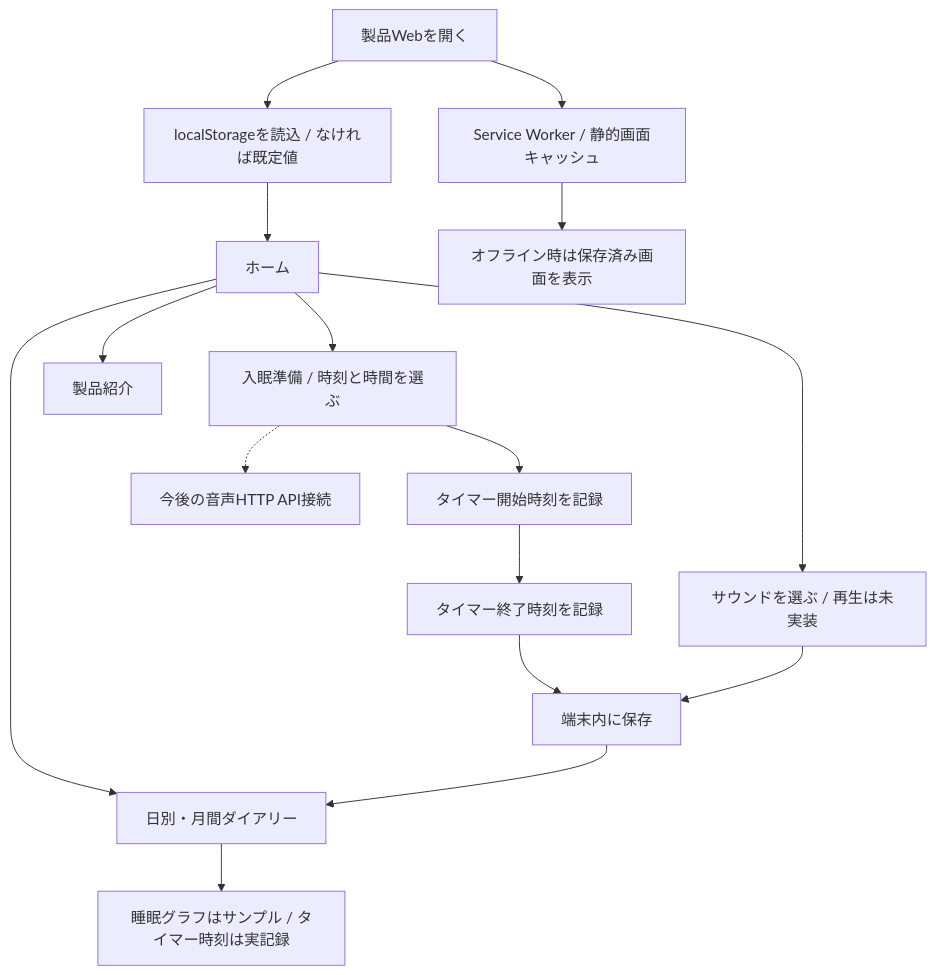
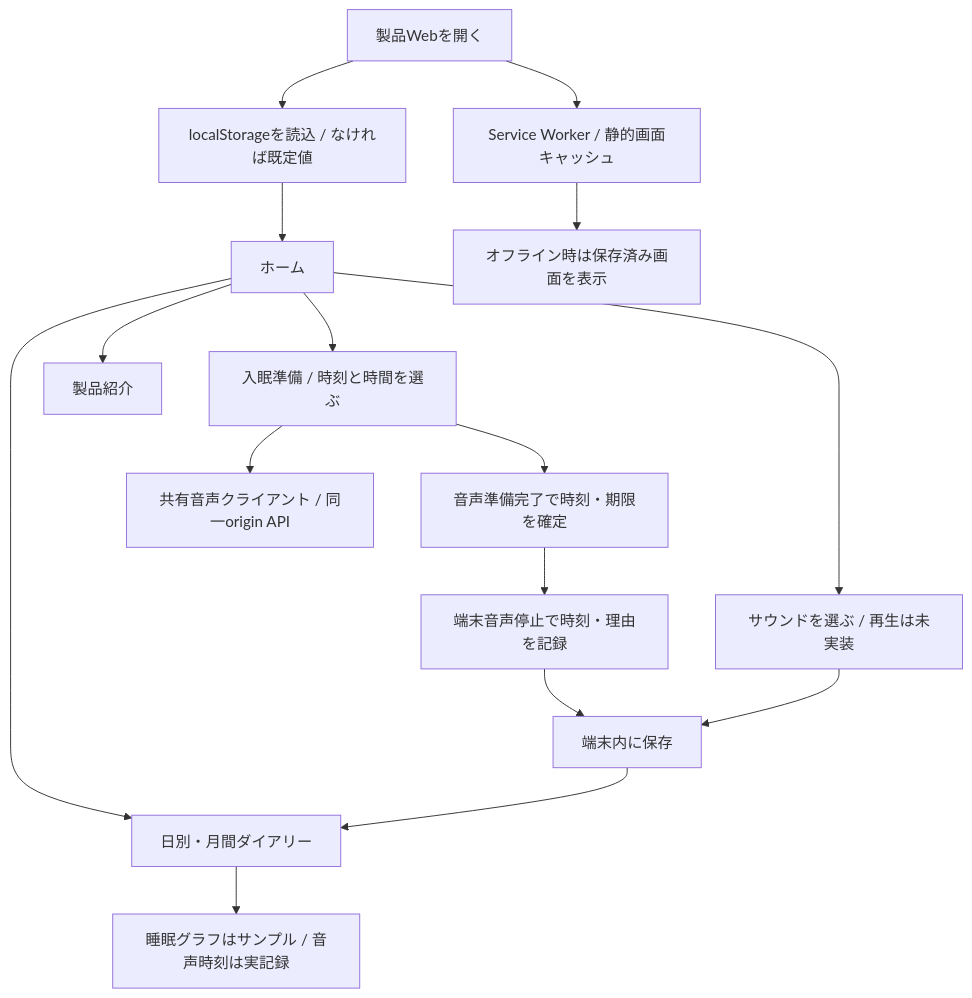
One commit to jphacks/kz_2614 changed the seventh of 7 diagrams in docs/architecture.md. Above: the diagram before and after it, drawn with Mermaid. The commit also changed other lines of this file and 30 other files, not shown here.

````diff
--- a/docs/architecture.md
+++ b/docs/architecture.md
@@ -201,18 +201,18 @@
 ```mermaid
 flowchart TD
     Open[製品Webを開く] --> Load[localStorageを読込 / なければ既定値]
     Load --> Home[ホーム]
     Home --> Routine[入眠準備 / 時刻と時間を選ぶ]
     Home --> Sound[サウンドを選ぶ / 再生は未実装]
     Home --> Diary[日別・月間ダイアリー]
     Home --> About[製品紹介]
-    Routine --> Start[タイマー開始時刻を記録]
-    Start --> Finish[タイマー終了時刻を記録]
+    Routine --> Start[音声準備完了で時刻・期限を確定]
+    Start --> Finish[端末音声停止で時刻・理由を記録]
     Finish --> Store[端末内に保存]
     Sound --> Store
     Store --> Diary
-    Diary --> Sample[睡眠グラフはサンプル / タイマー時刻は実記録]
+    Diary --> Sample[睡眠グラフはサンプル / 音声時刻は実記録]
     Open --> SW[Service Worker / 静的画面キャッシュ]
     SW --> Offline[オフライン時は保存済み画面を表示]
-    Routine -.-> Future[今後の音声HTTP API接続]
+    Routine --> Voice[共有音声クライアント / 同一origin API]
 ```
````
